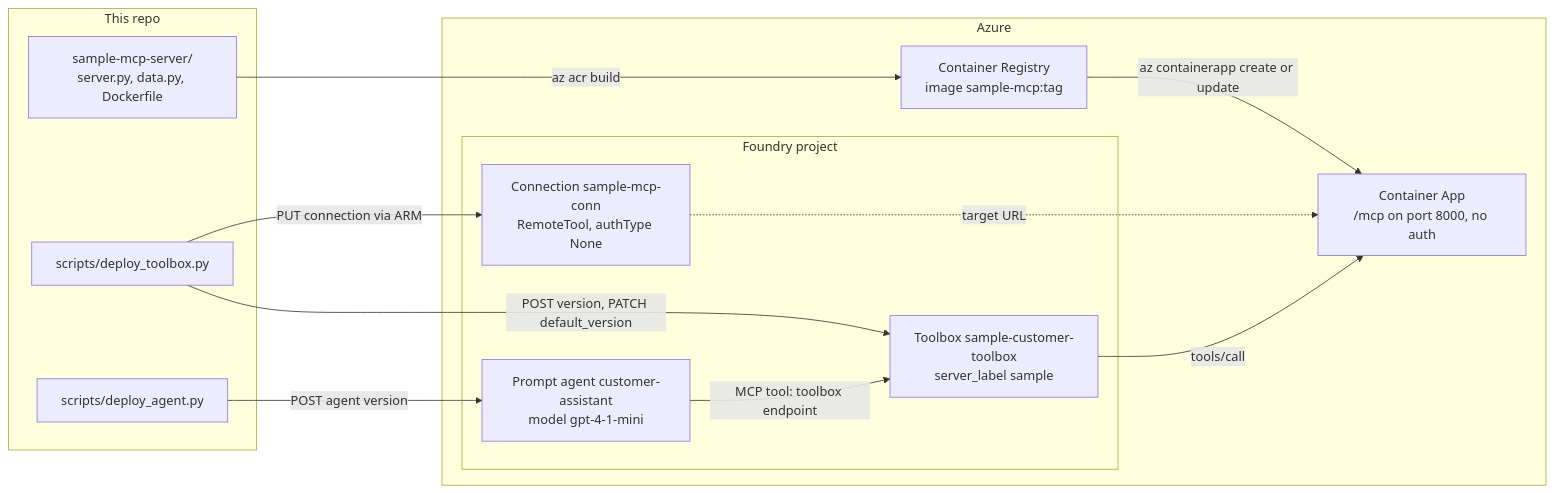
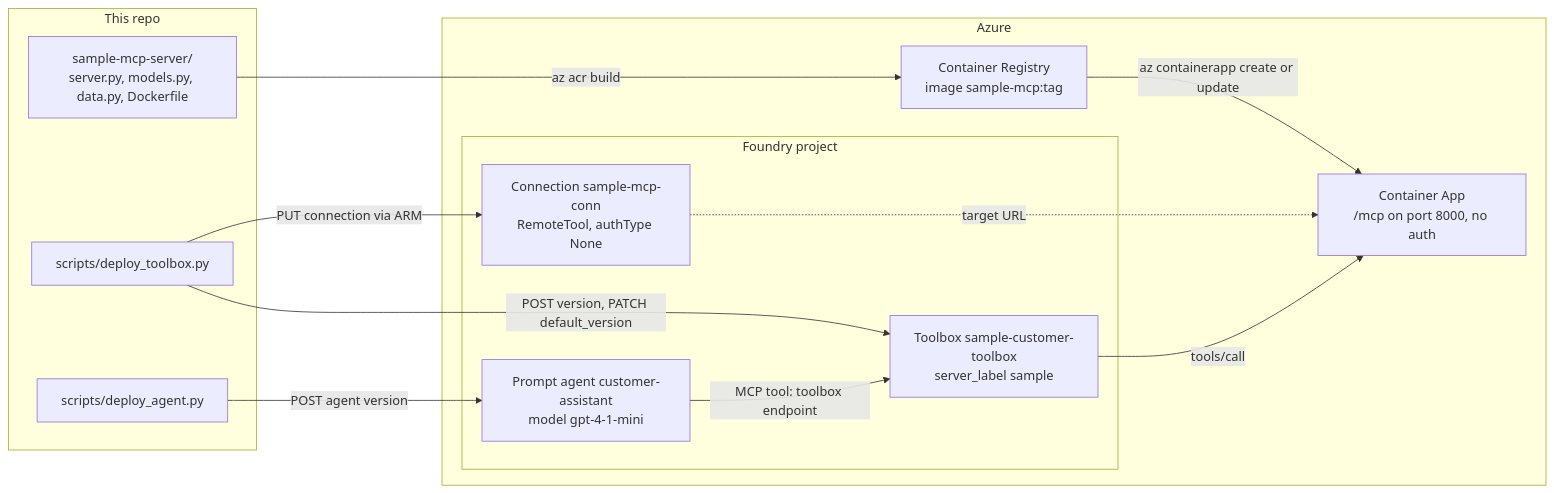
Diagram 17 of 17 in docs/architecture.md (bradrlaw/foundryToolboxEval), drawn with Mermaid before and after one commit. The commit also changed other lines of this file and 18 other files, not shown here.

First line of the commit message:
Sample tools: typed outputs with outputSchema; runner checks structured content

````diff
--- a/docs/architecture.md
+++ b/docs/architecture.md
@@ -786,25 +793,25 @@
 ```mermaid
 flowchart LR
     subgraph repo["This repo"]
-        src["sample-mcp-server/<br/>server.py, data.py, Dockerfile"]
+        src["sample-mcp-server/<br/>server.py, models.py, data.py, Dockerfile"]
         dtb["scripts/deploy_toolbox.py"]
         dag["scripts/deploy_agent.py"]
     end
     subgraph azure["Azure"]
         acr["Container Registry<br/>image sample-mcp:tag"]
         aca["Container App<br/>/mcp on port 8000, no auth"]
         subgraph proj["Foundry project"]
             conn["Connection sample-mcp-conn<br/>RemoteTool, authType None"]
             tb["Toolbox sample-customer-toolbox<br/>server_label sample"]
             ag["Prompt agent customer-assistant<br/>model gpt-4-1-mini"]
         end
     end
     src -->|"az acr build"| acr
     acr -->|"az containerapp create or update"| aca
     dtb -->|"PUT connection via ARM"| conn
     dtb -->|"POST version, PATCH default_version"| tb
     dag -->|"POST agent version"| ag
     conn -.->|"target URL"| aca
     tb -->|"tools/call"| aca
     ag -->|"MCP tool: toolbox endpoint"| tb
 ```
````
